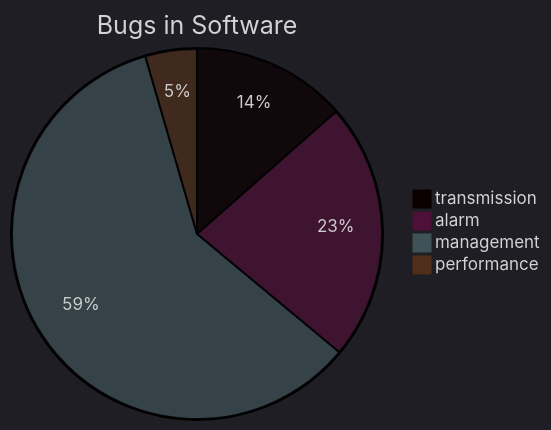
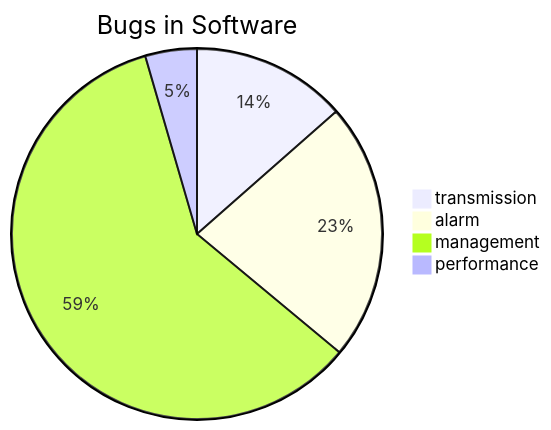
The eighth of 10 diagrams in _posts/2022-05-01-test-mathjax-with-mermaid.md (jeffatoptics/jeff-minima), drawn with Mermaid before and after one commit. The commit also changed 1 other file, not shown here.

Commit message:
upate mermaid theme

```diff
--- a/_posts/2022-05-01-test-mathjax-with-mermaid.md
+++ b/_posts/2022-05-01-test-mathjax-with-mermaid.md
@@ -120,10 +120,10 @@
 <div class="mermaid">
-%%{init: {'theme':'dark'}}%%
+%%{init: {'theme':'default', 'themeVariables': { 'darkMode': false}}}%%
 
 pie
     title Bugs in Software
     "transmission" : 15.00
     "alarm" : 25
     "management" : 66
     "performance" : 5
 </div>
```
